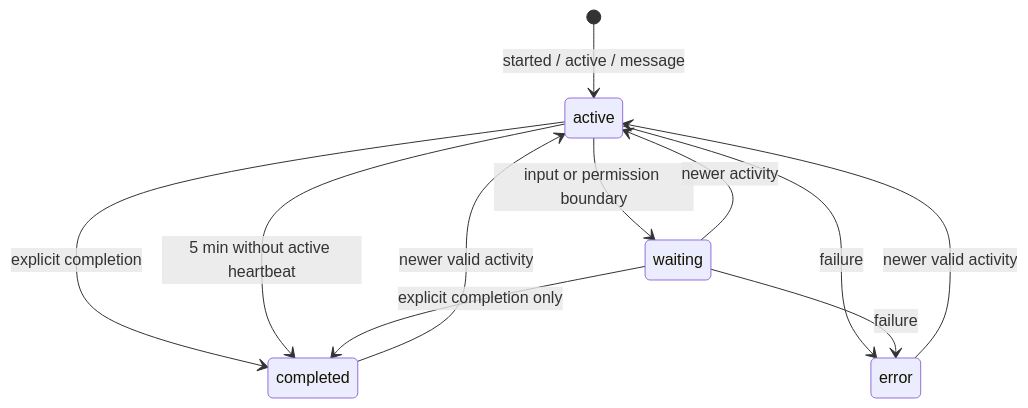
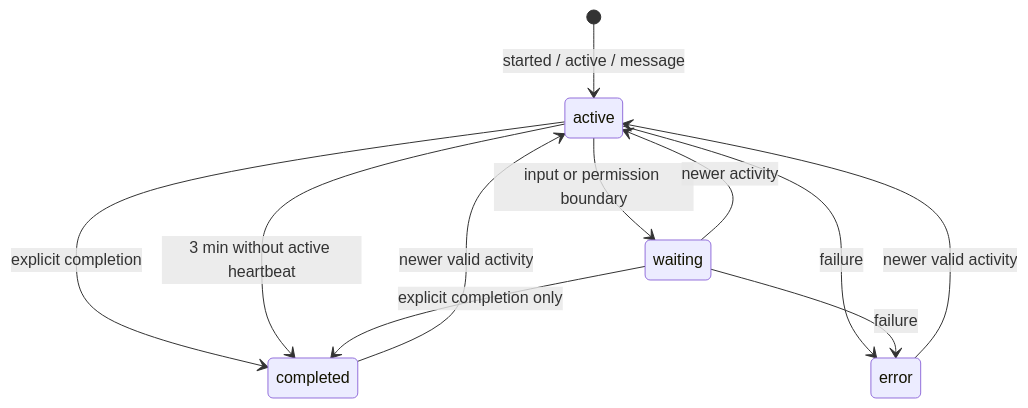
The second of 3 diagrams in ARCHITECTURE.md (haesoo-y/token-floor), drawn with Mermaid before and after one commit. The commit also changed other lines of this file and 10 other files, not shown here.

````diff
--- a/ARCHITECTURE.md
+++ b/ARCHITECTURE.md
@@ -120,13 +120,13 @@
 ```mermaid
 stateDiagram-v2
   [*] --> active: started / active / message
   active --> waiting: input or permission boundary
   waiting --> active: newer activity
   active --> completed: explicit completion
-  active --> completed: 5 min without active heartbeat
+  active --> completed: 3 min without active heartbeat
   active --> error: failure
   waiting --> completed: explicit completion only
   waiting --> error: failure
   error --> active: newer valid activity
   completed --> active: newer valid activity
 ```
````
